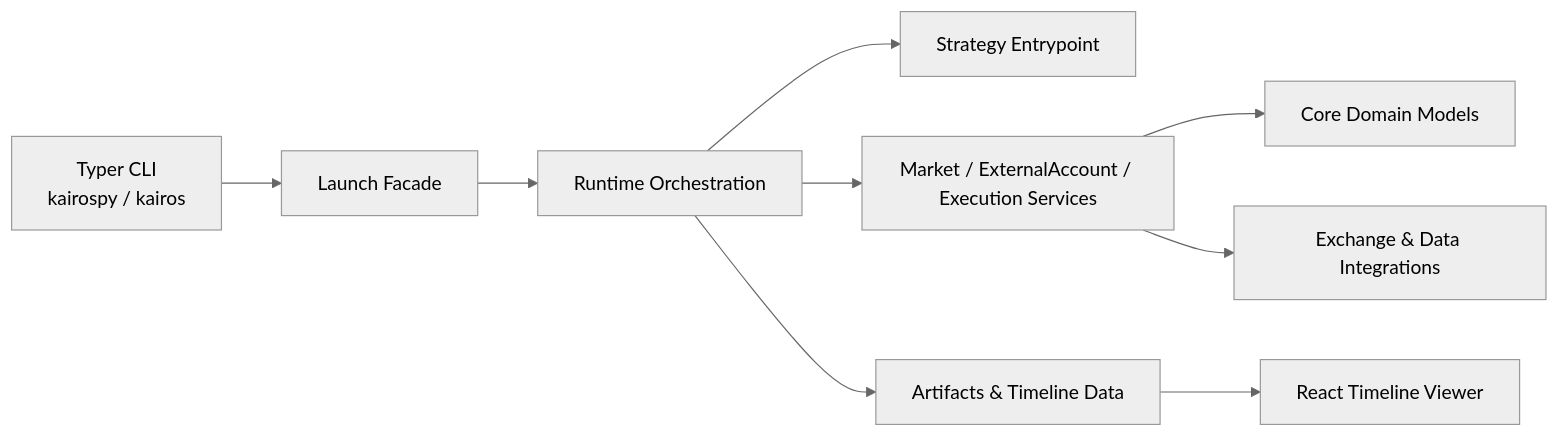
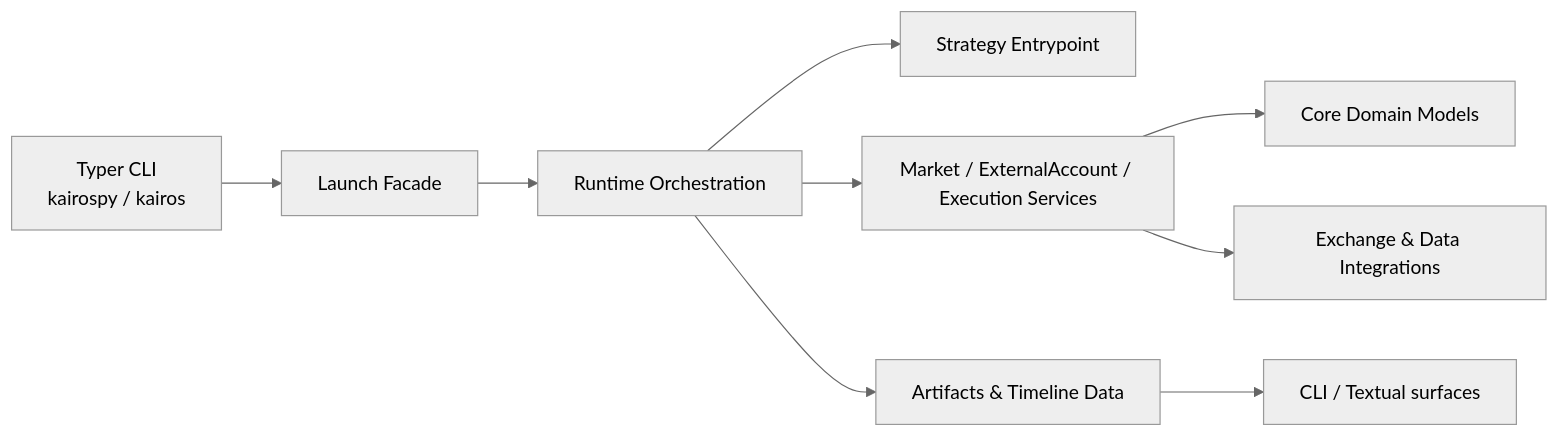
Before and after one commit to ChiaoTeo/kairos: the diagram in README.md, drawn with Mermaid (neutral theme). The commit also changed other lines of this file and 140 other files, not shown here.

````diff
--- a/README.md
+++ b/README.md
@@ -29,11 +27,11 @@
 ```mermaid
 flowchart LR
     CLI["Typer CLI<br/>kairospy / kairos"] --> Launch["Launch Facade"]
     Launch --> Runtime["Runtime Orchestration"]
     Runtime --> Strategy["Strategy Entrypoint"]
     Runtime --> Services["Market / ExternalAccount / Execution Services"]
     Services --> Core["Core Domain Models"]
     Services --> Integrations["Exchange & Data Integrations"]
     Runtime --> Artifacts["Artifacts & Timeline Data"]
-    Artifacts --> Viewer["React Timeline Viewer"]
+    Artifacts --> Surface["CLI / Textual surfaces"]
 ```
````
